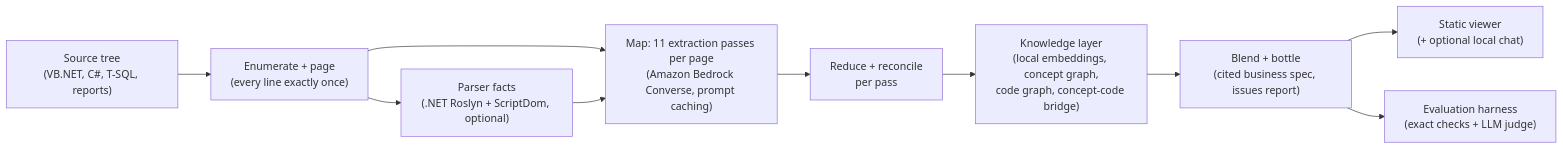
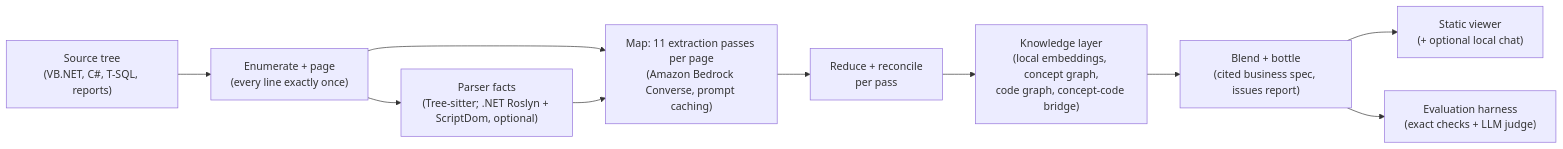
One commit to aws-samples/sample-spec-distillation-for-legacy-code changed the diagram in README.md. Above: the diagram before and after it, drawn with Mermaid. The commit also changed other lines of this file and 18 other files, not shown here.

First line of the commit message:
feat(facts): Tree-sitter facts for Python/Java/JS/TS and a Python code-graph rig

````diff
--- a/README.md
+++ b/README.md
@@ -33,12 +33,12 @@
 ```mermaid
 flowchart LR
     SRC["Source tree<br/>(VB.NET, C#, T-SQL, reports)"] --> PAGE["Enumerate + page<br/>(every line exactly once)"]
-    PAGE --> FACTS["Parser facts<br/>(.NET Roslyn + ScriptDom, optional)"]
+    PAGE --> FACTS["Parser facts<br/>(Tree-sitter; .NET Roslyn + ScriptDom, optional)"]
     PAGE --> MAP["Map: 11 extraction passes per page<br/>(Amazon Bedrock Converse, prompt caching)"]
     FACTS --> MAP
     MAP --> REDUCE["Reduce + reconcile<br/>per pass"]
     REDUCE --> KG["Knowledge layer<br/>(local embeddings, concept graph,<br/>code graph, concept-code bridge)"]
     KG --> BLEND["Blend + bottle<br/>(cited business spec, issues report)"]
     BLEND --> VIEW["Static viewer<br/>(+ optional local chat)"]
     BLEND --> EVAL["Evaluation harness<br/>(exact checks + LLM judge)"]
 ```
````
